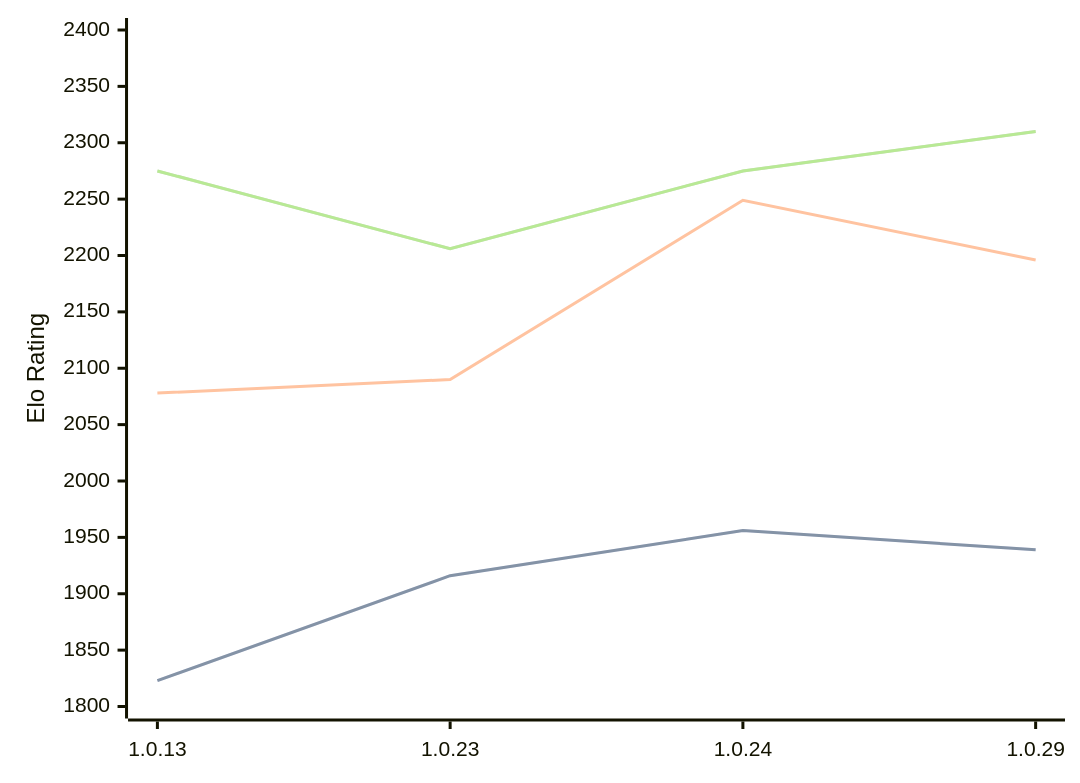
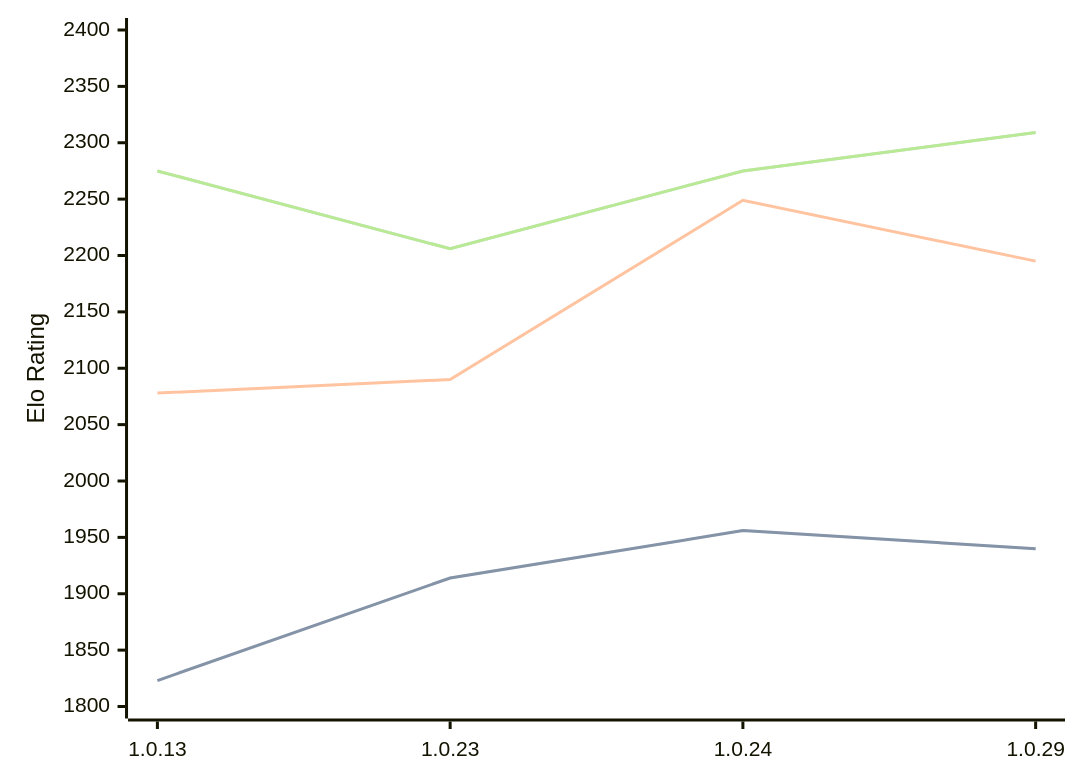
The diagram in engines/RustyRival.md (computer-chess-index/cci), drawn with Mermaid before and after one commit. The commit also changed other lines of this file, not shown here.

Commit message:
Update CCI Ratings (ELO VLTC) - 2026-03-18

````diff
--- a/engines/RustyRival.md
+++ b/engines/RustyRival.md
@@ -59,11 +59,11 @@
 ```mermaid
 %%{init: {"theme":"base","themeVariables":{"seriesColors:['#a3a3a3','#222221','#faa371']}}}%%
 xychart-beta
   x-axis ["1.0.13", "1.0.23", "1.0.24", "1.0.29"]
   y-axis "Elo Rating" 1800 --> 2400
-  line "STC (8.0+0.08s)" [1823, 1916, 1956, 1939]
-  line "STC (8.0+0.08s)" [1823, 1916, 1956, 1939]
-  line "LTC (60.0+0.60s)" [2078, 2090, 2249, 2196]
-  line "VLTC (2m24s+1.12s)" [2275, 2206, 2275, 2310]
-  line "VLTC (2m24s+1.12s)" [2275, 2206, 2275, 2310]
+  line "STC (8.0+0.08s)" [1823, 1914, 1956, 1940]
+  line "STC (8.0+0.08s)" [1823, 1914, 1956, 1940]
+  line "LTC (60.0+0.60s)" [2078, 2090, 2249, 2195]
+  line "VLTC (2m24s+1.12s)" [2275, 2206, 2275, 2309]
+  line "VLTC (2m24s+1.12s)" [2275, 2206, 2275, 2309]
 ```
````
